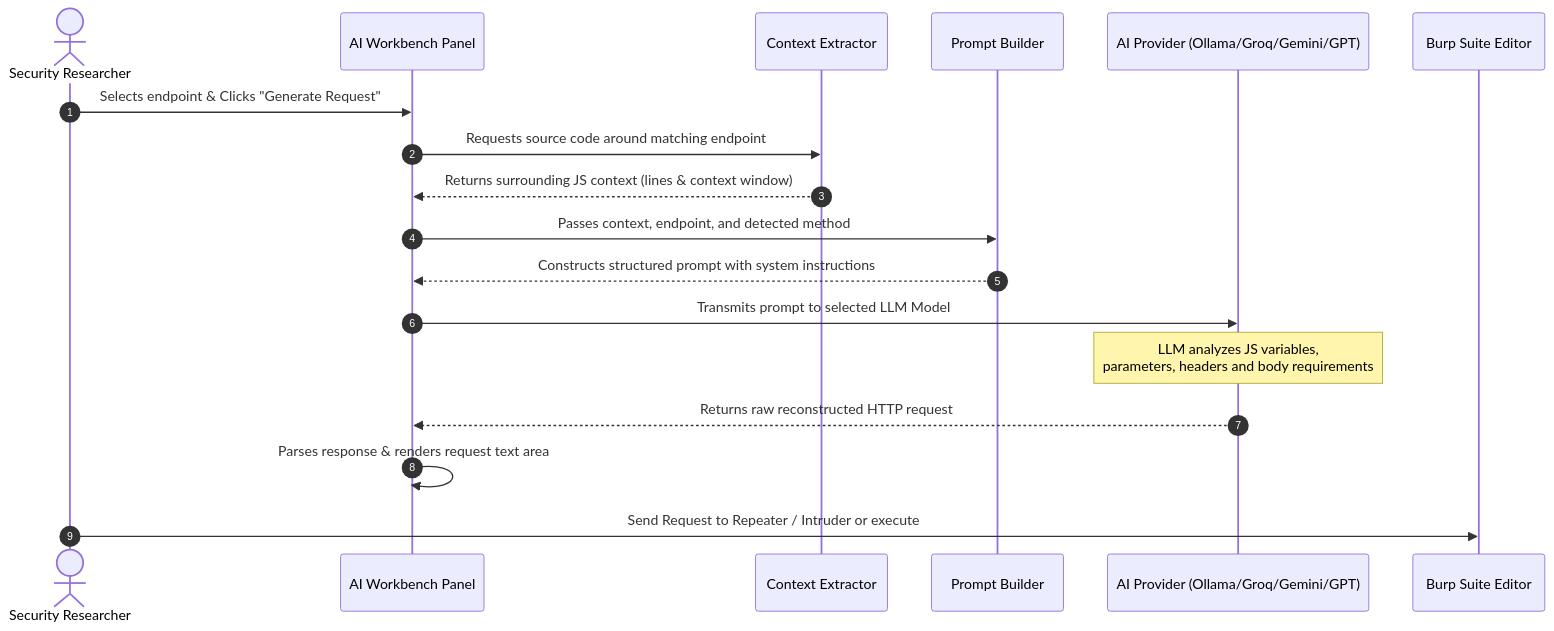
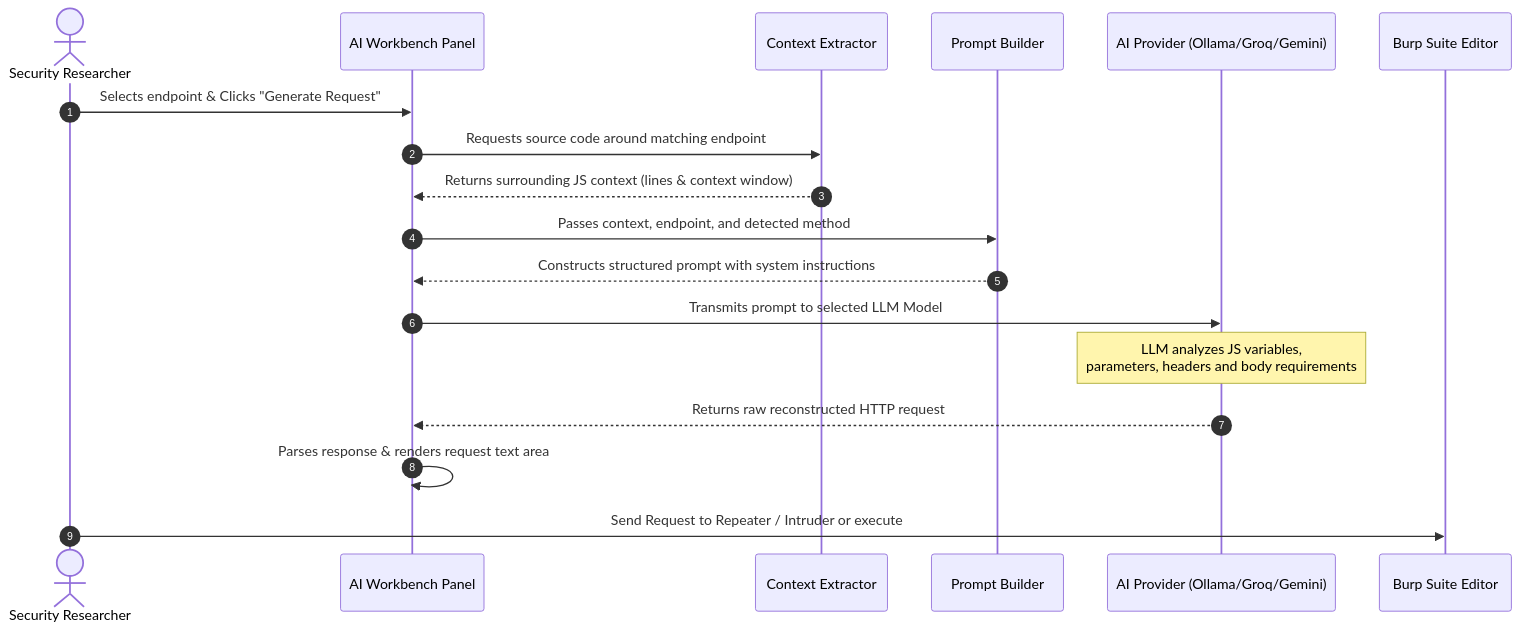
The second of 2 diagrams in E2R/README.md (maverick0o0/E2R), drawn with Mermaid before and after one commit. The commit also changed other lines of this file and 16 other files, not shown here.

````diff
--- a/E2R/README.md
+++ b/E2R/README.md
@@ -83,21 +83,21 @@
 ```mermaid
 sequenceDiagram
     autonumber
     actor User as Security Researcher
     participant UI as AI Workbench Panel
     participant Ext as Context Extractor
     participant PB as Prompt Builder
-    participant Provider as AI Provider (Ollama/Groq/Gemini/GPT)
+    participant Provider as AI Provider (Ollama/Groq/Gemini)
     participant Burp as Burp Suite Editor
 
     User->>UI: Selects endpoint & Clicks "Generate Request"
     UI->>Ext: Requests source code around matching endpoint
     Ext-->>UI: Returns surrounding JS context (lines & context window)
     UI->>PB: Passes context, endpoint, and detected method
     PB-->>UI: Constructs structured prompt with system instructions
     UI->>Provider: Transmits prompt to selected LLM Model
     Note over Provider: LLM analyzes JS variables,<br/>parameters, headers and body requirements
     Provider-->>UI: Returns raw reconstructed HTTP request
     UI->>UI: Parses response & renders request text area
     User->>Burp: Send Request to Repeater / Intruder or execute
 ```
````
